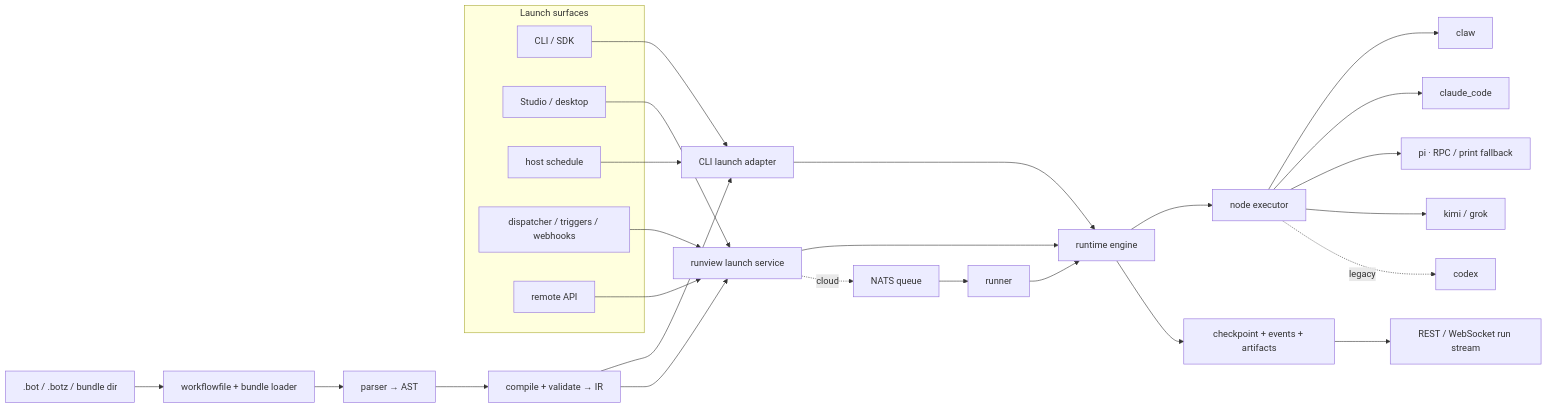
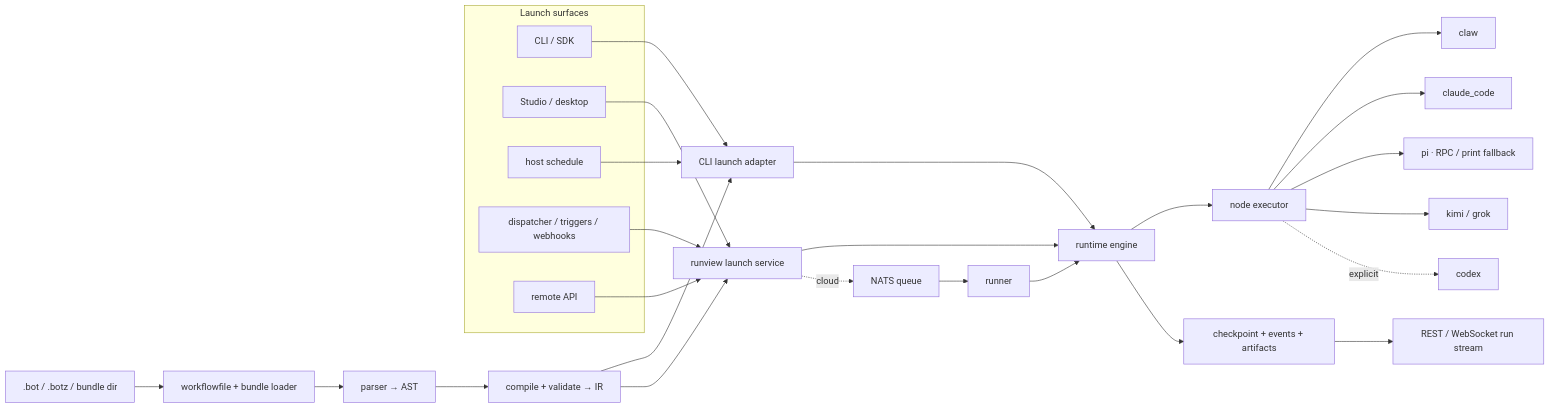
The diagram in docs/current-state.md (SocialGouv/iterion), drawn with Mermaid before and after one commit. The commit also changed other lines of this file and 44 other files, not shown here.

````diff
--- a/docs/current-state.md
+++ b/docs/current-state.md
@@ -33,32 +33,32 @@
 ```mermaid
 flowchart LR
   subgraph Launch["Launch surfaces"]
     CLI["CLI / SDK"]
     UI["Studio / desktop"]
     CRON["host schedule"]
     AUTO["dispatcher / triggers / webhooks"]
     REMOTE["remote API"]
   end
 
   SRC[".bot / .botz / bundle dir"] --> LOAD["workflowfile + bundle loader"]
   LOAD --> PARSE["parser → AST"]
   PARSE --> IR["compile + validate → IR"]
   CLI --> DIRECT["CLI launch adapter"]
   CRON --> DIRECT
   UI --> SERVICE["runview launch service"]
   AUTO --> SERVICE
   REMOTE --> SERVICE
   IR --> DIRECT
   IR --> SERVICE
   DIRECT --> ENGINE["runtime engine"]
   SERVICE --> ENGINE
   SERVICE -. cloud .-> QUEUE["NATS queue"] --> RUNNER["runner"] --> ENGINE
   ENGINE --> EXEC["node executor"]
   EXEC --> CLAW["claw"]
   EXEC --> CC["claude_code"]
   EXEC --> PI["pi · RPC / print fallback"]
   EXEC --> CLIAGENT["kimi / grok"]
-  EXEC -. legacy .-> CODEX["codex"]
+  EXEC -. explicit .-> CODEX["codex"]
   ENGINE --> STATE["checkpoint + events + artifacts"]
   STATE --> STREAM["REST / WebSocket run stream"]
 ```
````
